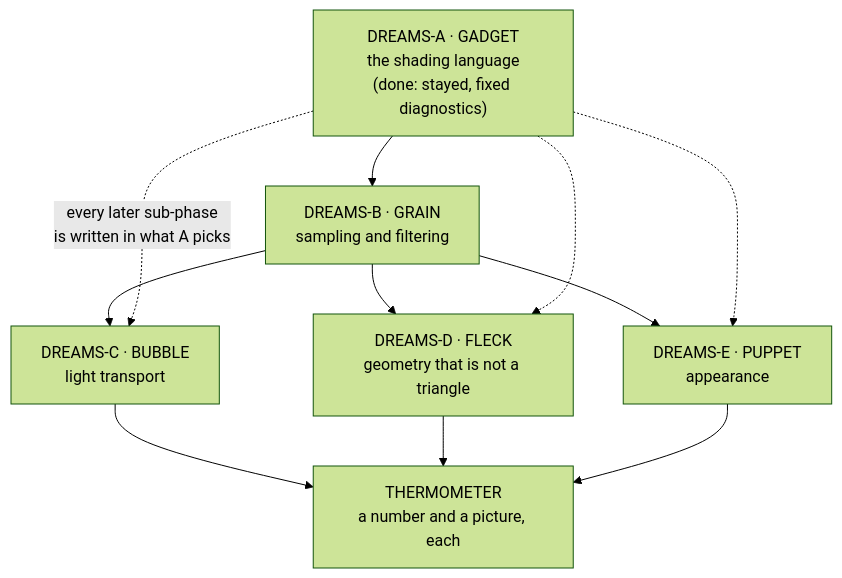
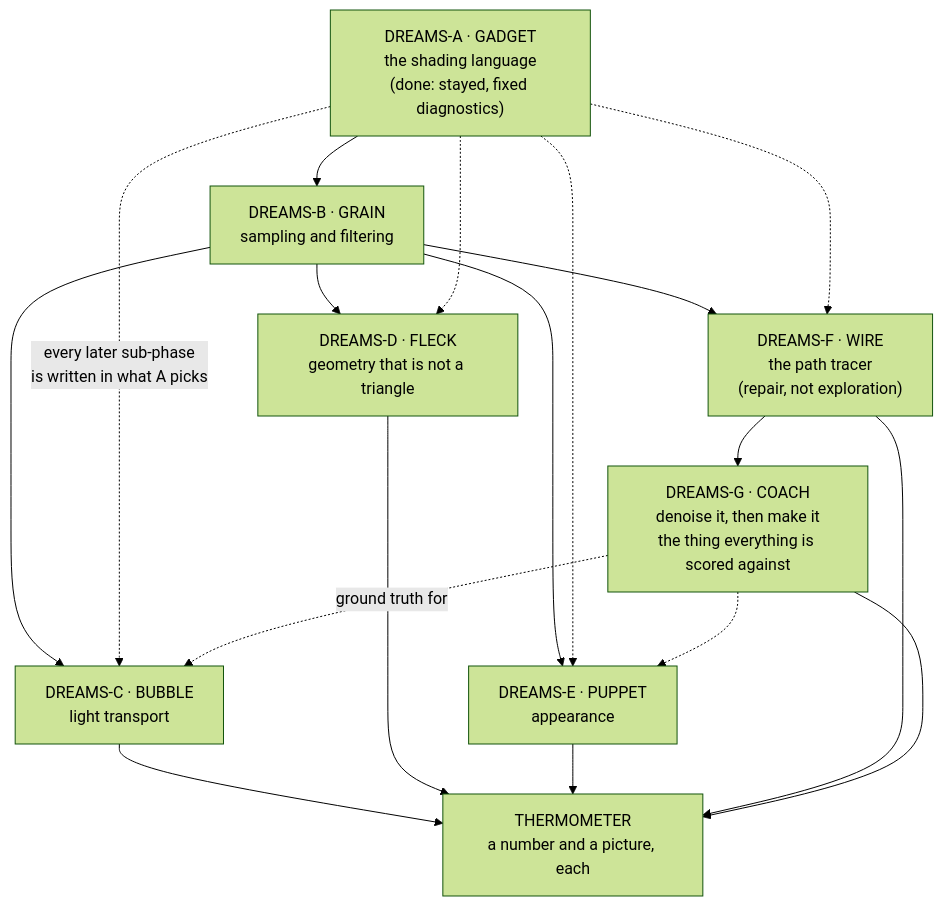
The second of 2 diagrams in dev records/phase_DREAMS.md (ReanSchwarzer1/SomniumEngine), drawn with Mermaid (forest theme) before and after one commit. The commit also changed other lines of this file and 2 other files, not shown here.

First line of the commit message:
DREAMS-F and DREAMS-G, drafted against a measured path tracer

````diff
--- a/dev records/phase_DREAMS.md
+++ b/dev records/phase_DREAMS.md
@@ -421,13 +509,20 @@
 ```mermaid
 flowchart TB
     A["DREAMS-A · GADGET<br/>the shading language<br/>(done: stayed, fixed diagnostics)"] --> B["DREAMS-B · GRAIN<br/>sampling and filtering"]
     B --> C["DREAMS-C · BUBBLE<br/>light transport"]
     B --> D["DREAMS-D · FLECK<br/>geometry that is not a triangle"]
     B --> E["DREAMS-E · PUPPET<br/>appearance"]
+    B --> F["DREAMS-F · WIRE<br/>the path tracer<br/>(repair, not exploration)"]
+    F --> G["DREAMS-G · COACH<br/>denoise it, then make it<br/>the thing everything is scored against"]
     A -.->|"every later sub-phase<br/>is written in what A picks"| C
     A -.-> D
     A -.-> E
+    A -.-> F
     C --> TH["THERMOMETER<br/>a number and a picture, each"]
     D --> TH
     E --> TH
+    F --> TH
+    G --> TH
+    G -.->|"ground truth for"| C
+    G -.-> E
 ```
````
